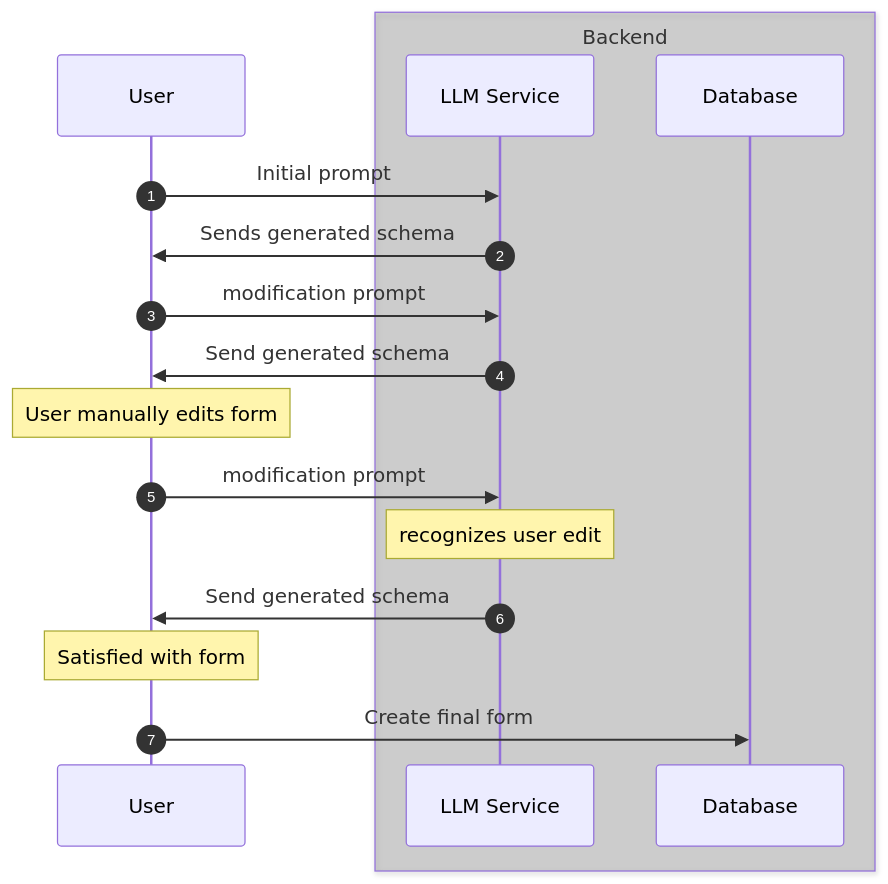
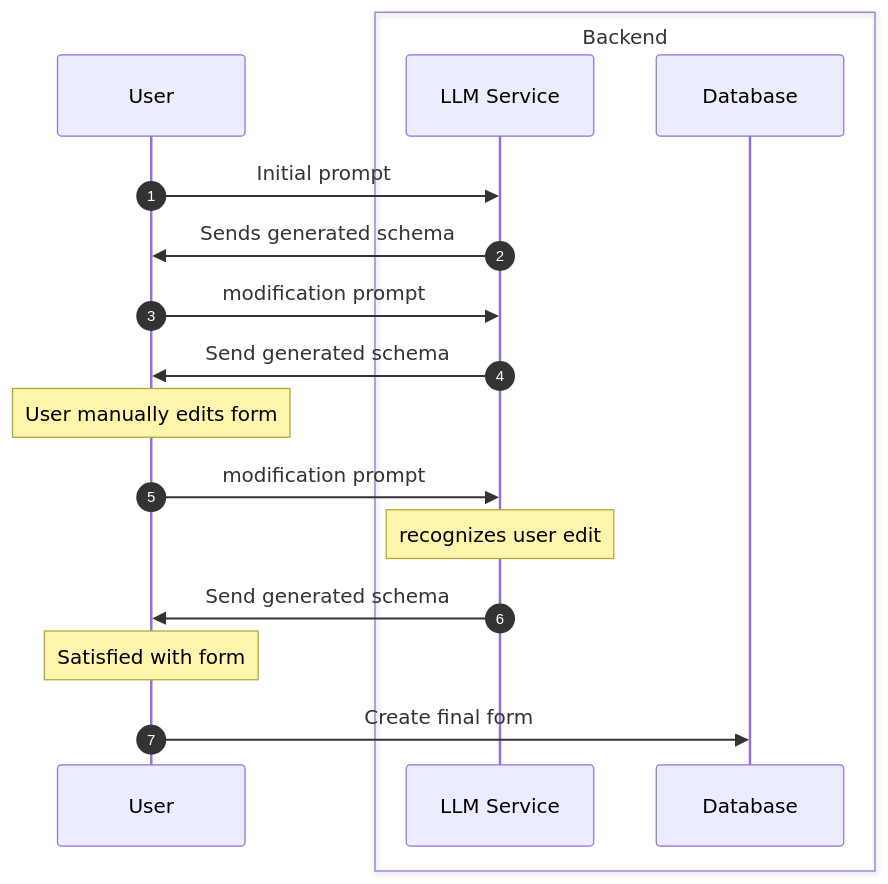
The first of 2 diagrams in src/content/blog/form-builder-devlog-001.md (bruce-pain/personal-website), drawn with Mermaid before and after one commit. The commit also changed 4 other files, not shown here.

Commit message:
refactor: apply theme change to mermaid

````diff
--- a/src/content/blog/form-builder-devlog-001.md
+++ b/src/content/blog/form-builder-devlog-001.md
@@ -126,20 +126,20 @@
 ```mermaid
 sequenceDiagram
     autonumber
     participant U as User
-    box rgba(55,55,55,0.2) Backend
+    box Backend
     participant L as LLM Service
     participant D as Database
     end
 
     U ->> L: Initial prompt
     L ->> U: Sends generated schema
     U ->> L: modification prompt
     L ->> U: Send generated schema
     Note over U: User manually edits form
     U ->> L: modification prompt
     Note over L: recognizes user edit
     L ->> U: Send generated schema
     Note over U: Satisfied with form
     U ->> D: Create final form
 ```
````
